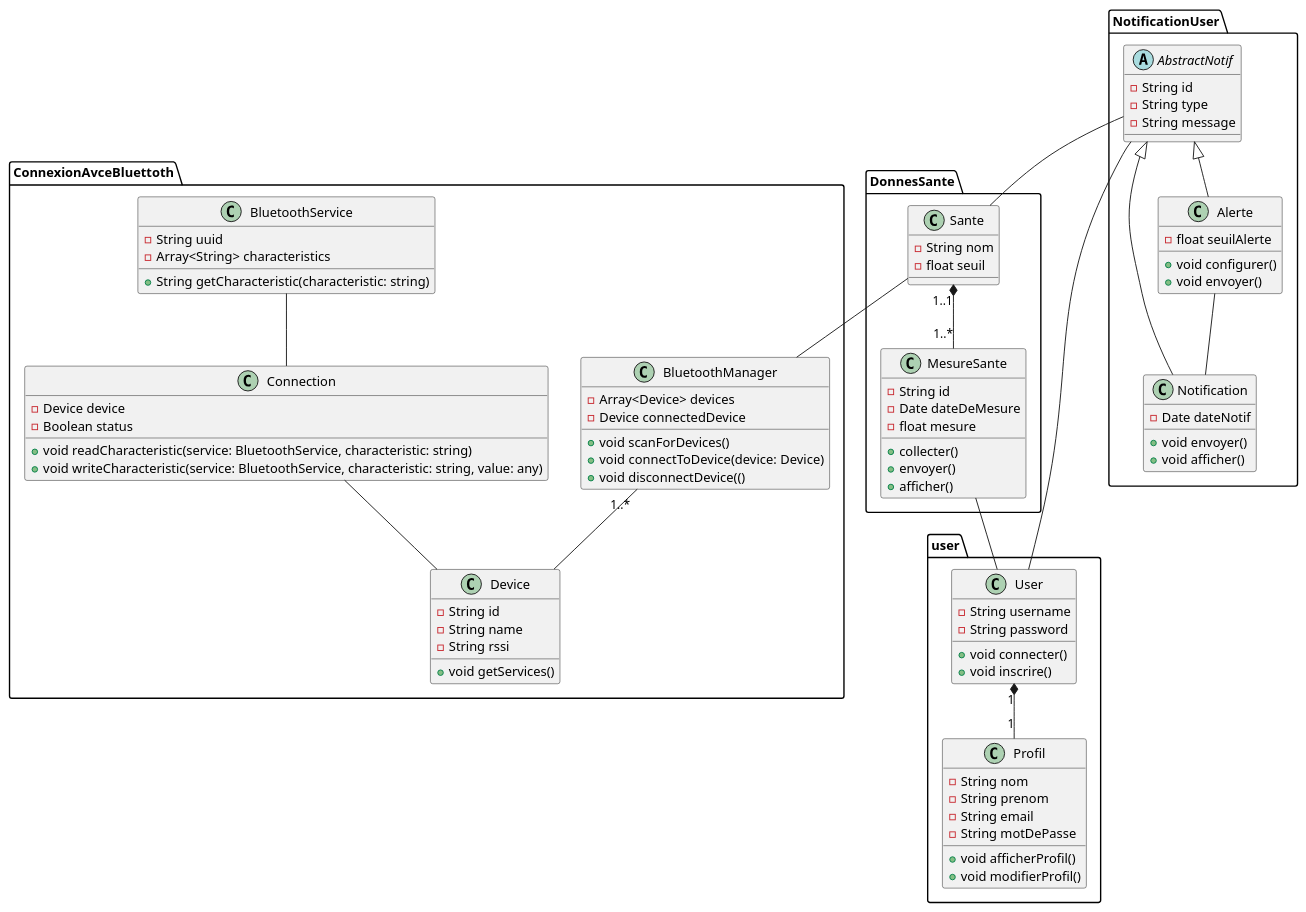
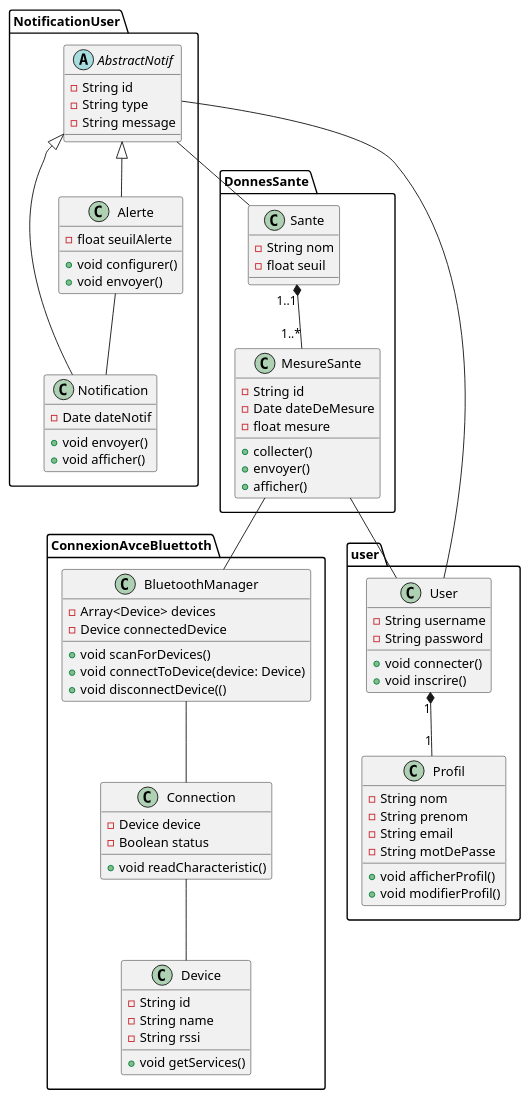
Before and after one commit to mohameml/stageAI: the diagram in docs/conception/conception.puml, drawn with PlantUML. The commit also changed 1 other file, not shown here.

```diff
--- a/docs/conception/conception.puml
+++ b/docs/conception/conception.puml
@@ -1,180 +1,133 @@
 @startuml conception
 
 
 package user {
 
     class User {
         - String username 
         - String password 
         + void connecter()
         + void inscrire()
     }
 
     class Profil {
         - String nom 
         - String prenom 
         - String email 
         - String motDePasse
         + void afficherProfil()
         + void modifierProfil()
 
     }
 
 
-    ' class DonneSante {
-    '     - String id 
-    '     - Date date 
-    '     - float frequenceCardiatique
-    '     - float seuilFrequenceCardiatique
-    '     - float tensionArterielle
-    '     - float seuilTensionArterielle
-    '     - float niveauGlucose 
-    '     - float seuiNiveau
-    '     + void afficher()
-    '     + void collecter() 
-    ' }
-
-
-
-
 
 }
 
 package DonnesSante {
 
     class Sante {
         - String nom 
         - float seuil 
 
     }
 
     class MesureSante {
         - String id 
         - Date dateDeMesure 
         - float mesure
         + collecter()
         + envoyer()
         + afficher()
-        
+
     }
 
     Sante "1..1" *-- "1..*" MesureSante
 
 }
 
-MesureSante -- User
 
-' package pageDePresentation {
-'     class Header {
-'         - String title 
-'         - Image logo 
-        
-
-'     }
-
-'     class Navigation {
-'         - Button explore
-'         - Button login 
-'         - Button signUp
-'     }
-
-'     class Section {
-'         - Image imageSection
-'         - String descriptionGras 
-'         - String description
-'         - Button tryIt 
-'     }
-
-'     Header "1" *-- "1" Navigation 
-' }
 
 
 package NotificationUser {
 
 
     abstract class AbstractNotif {
 
         - String id 
         - String type 
         - String message 
     }
 
     class Notification {
         - Date dateNotif
         + void envoyer()
         + void afficher()
     }
 
     class Alerte {
-        
+
         - float seuilAlerte 
         + void configurer()
         + void envoyer()
     }
 
     AbstractNotif <|-- Alerte
     AbstractNotif <|-- Notification
 
 
 
 }
 
 
 
 
 
 package ConnexionAvceBluettoth {
 
     class BluetoothManager  {
         - Array<Device> devices
         - Device connectedDevice
         +  void scanForDevices()
         + void connectToDevice(device: Device)
         + void disconnectDevice(()
     }
 
     class Device {
         - String id 
         - String name 
         - String rssi 
         + void getServices()
     }
 
     class Connection {
         - Device device
         - Boolean status
-        + void readCharacteristic(service: BluetoothService, characteristic: string)
-        + void writeCharacteristic(service: BluetoothService, characteristic: string, value: any)
+        + void readCharacteristic()
 
     }
 
-    class BluetoothService {
-        - String uuid
-        - Array<String> characteristics
-        + String getCharacteristic(characteristic: string)
-    }
 
-    BluetoothManager "1..*" -- Device
+
+    ' BluetoothManager "1..*" -- Device
     Connection  -- Device
-    BluetoothService -- Connection
-     
+    BluetoothManager -- Connection
 
 }
 
 
 
 
 
 
-
-
 User "1" *-- "1" Profil
-Sante -- BluetoothManager
+MesureSante -- BluetoothManager
 Alerte -- Notification
 
 AbstractNotif -- Sante
 AbstractNotif -- User
 
+MesureSante -- User
 
 
 @enduml
```
